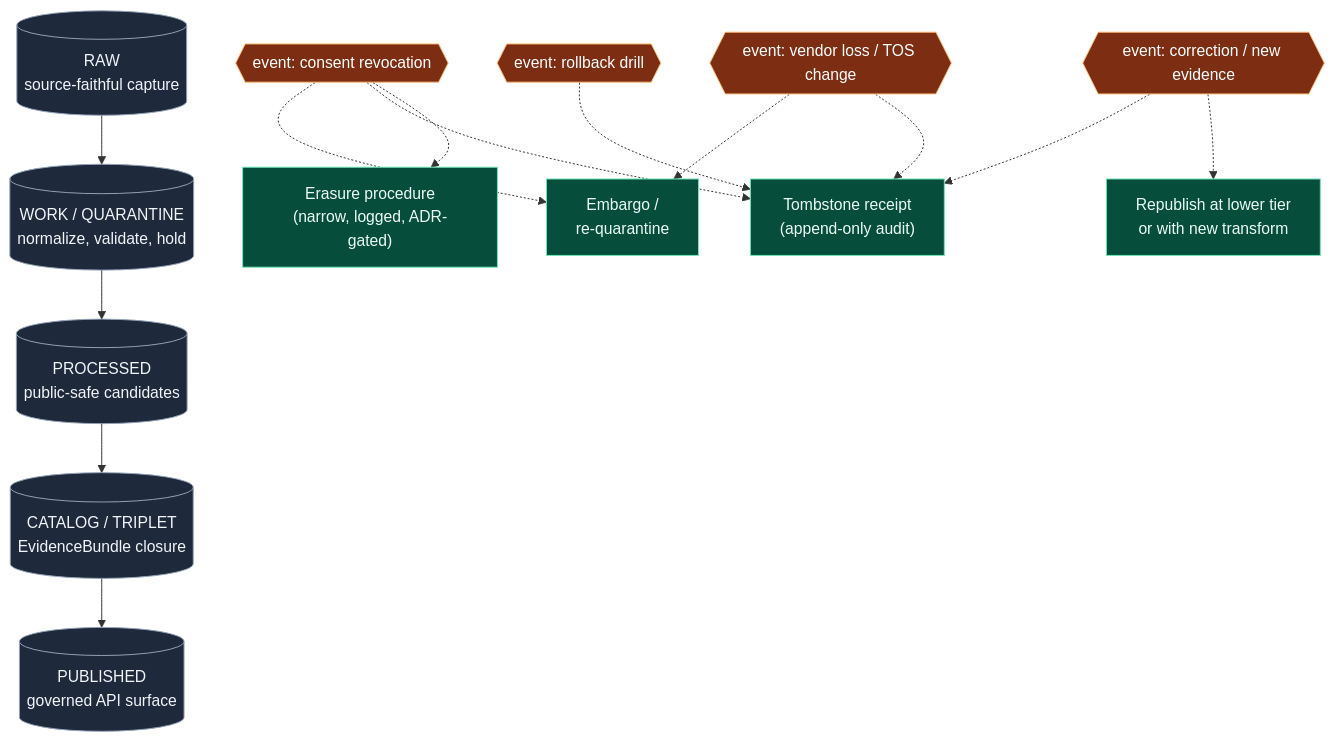
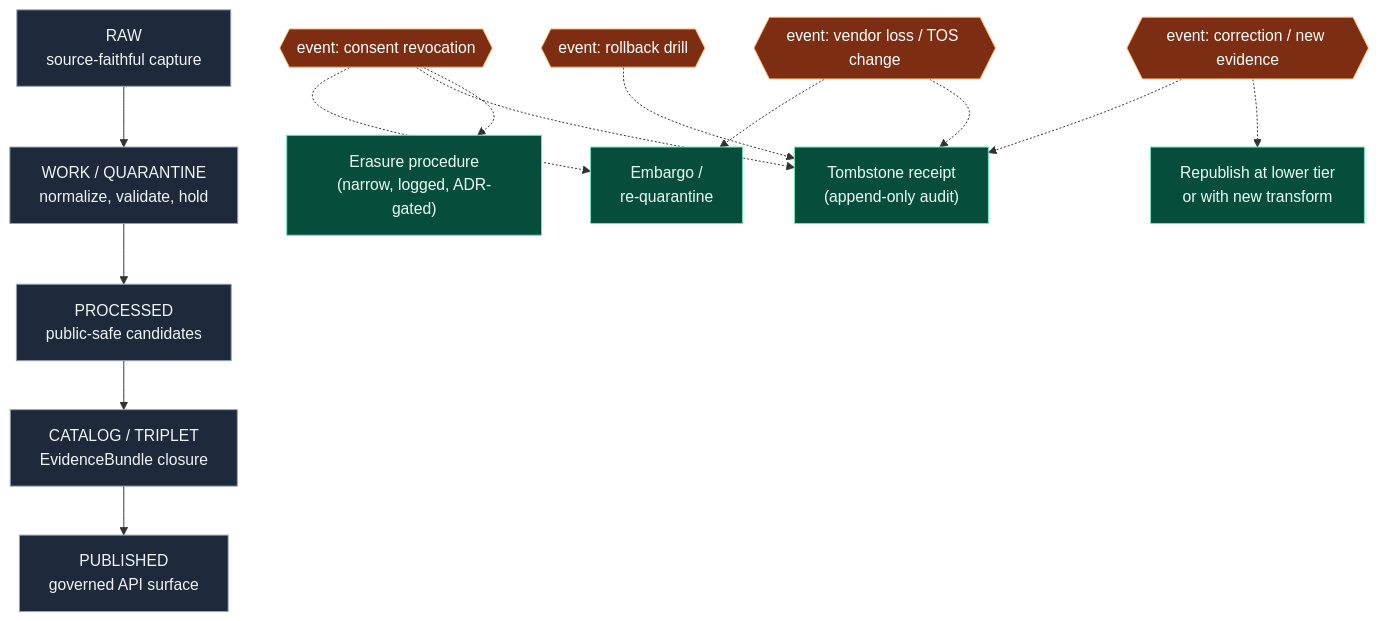
Before and after one commit to bartytime4life/Kansas-Frontier-Matrix: the diagram in docs/domains/people-dna-land/PRESERVATION_MATRIX.md, drawn with Mermaid. The commit also changed other lines of this file, not shown here.

````diff
--- a/docs/domains/people-dna-land/PRESERVATION_MATRIX.md
+++ b/docs/domains/people-dna-land/PRESERVATION_MATRIX.md
@@ -135,36 +155,36 @@
 ```mermaid
 flowchart TD
-  RAW[("RAW<br/>source-faithful capture")]
-  WORK[("WORK / QUARANTINE<br/>normalize, validate, hold")]
-  PROC[("PROCESSED<br/>public-safe candidates")]
-  CAT[("CATALOG / TRIPLET<br/>EvidenceBundle closure")]
-  PUB[("PUBLISHED<br/>governed API surface")]
+  RAW["RAW<br/>source-faithful capture"]
+  WORK["WORK / QUARANTINE<br/>normalize, validate, hold"]
+  PROC["PROCESSED<br/>public-safe candidates"]
+  CAT["CATALOG / TRIPLET<br/>EvidenceBundle closure"]
+  PUB["PUBLISHED<br/>governed API surface"]
 
   REV{{"event: consent revocation"}}
   VEN{{"event: vendor loss / TOS change"}}
   COR{{"event: correction / new evidence"}}
   RBK{{"event: rollback drill"}}
 
   TOMB["Tombstone receipt<br/>(append-only audit)"]
   ERASE["Erasure procedure<br/>(narrow, logged, ADR-gated)"]
   EMB["Embargo /<br/>re-quarantine"]
   REPUB["Republish at lower tier<br/>or with new transform"]
 
   RAW --> WORK --> PROC --> CAT --> PUB
 
   REV -.-> EMB
   REV -.-> TOMB
   REV -.-> ERASE
   VEN -.-> EMB
   VEN -.-> TOMB
   COR -.-> TOMB
   COR -.-> REPUB
   RBK -.-> TOMB
 
   classDef phase fill:#1e293b,stroke:#94a3b8,color:#f1f5f9;
   classDef event fill:#7c2d12,stroke:#fdba74,color:#fff;
   classDef pres fill:#064e3b,stroke:#6ee7b7,color:#ecfdf5;
   class RAW,WORK,PROC,CAT,PUB phase;
   class REV,VEN,COR,RBK event;
   class TOMB,ERASE,EMB,REPUB pres;
 ```
````
